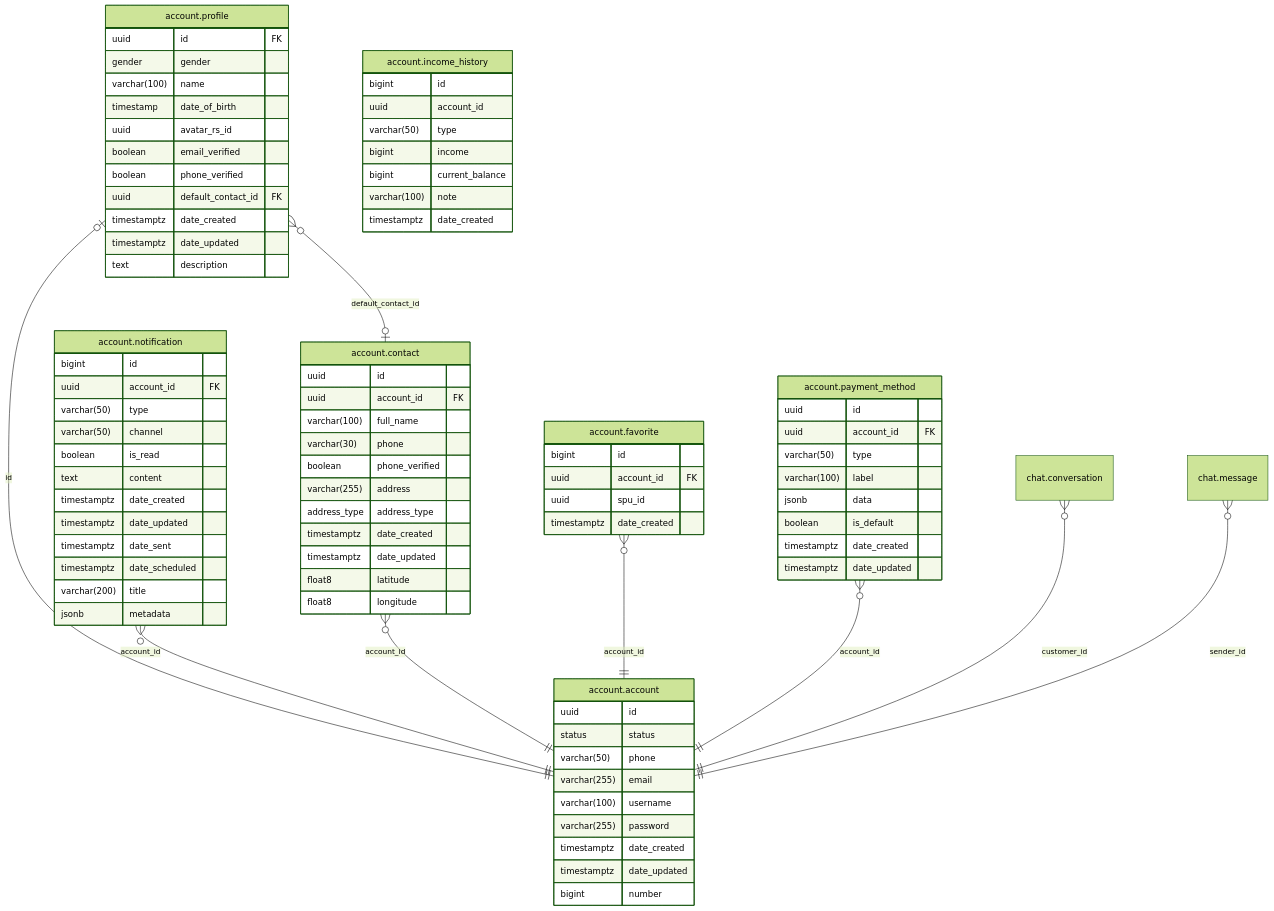
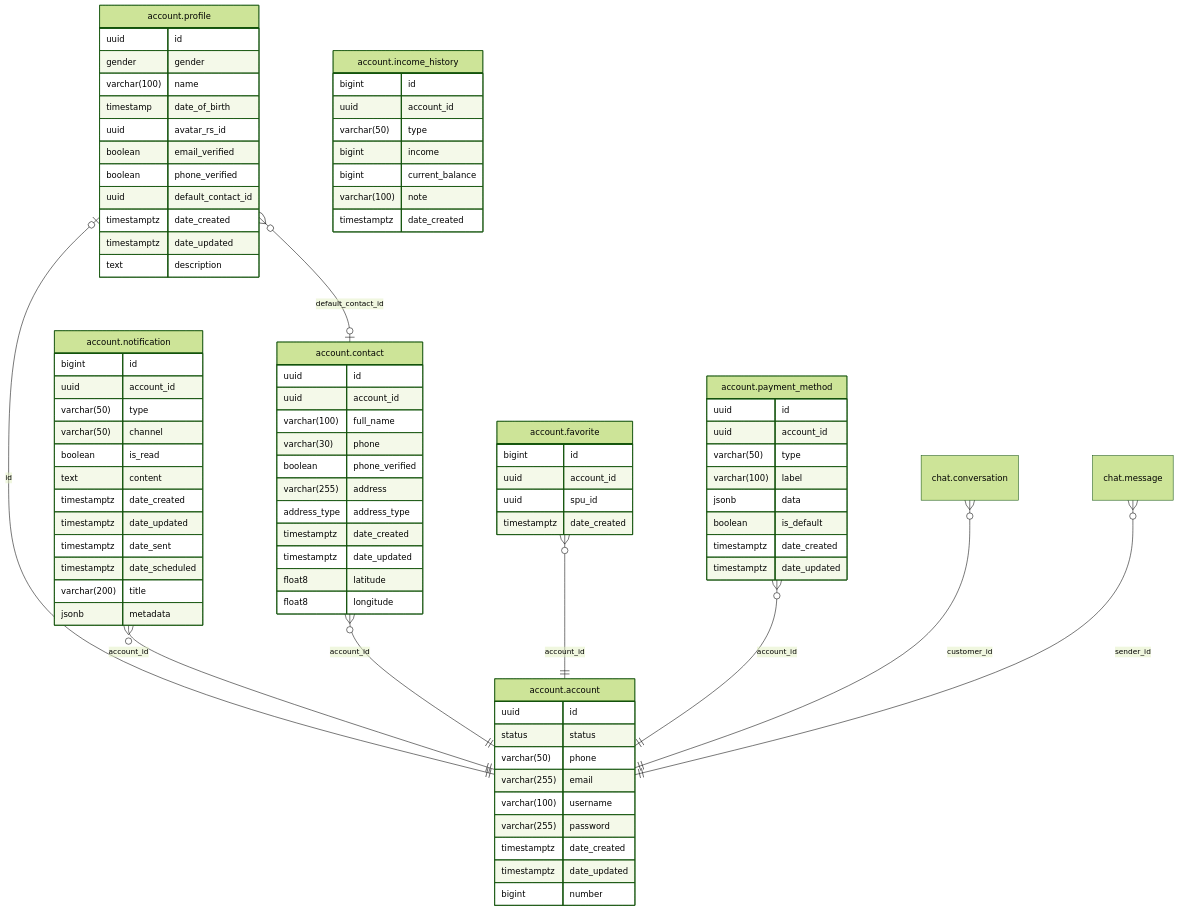
Before and after one commit to shopnexus/shopnexus-server: the diagram in internal/module/account/README.md, drawn with Mermaid (forest theme). The commit also changed other lines of this file and 12 other files, not shown here.

Commit message:
add generating mermaid script & update all readmes

````diff
--- a/internal/module/account/README.md
+++ b/internal/module/account/README.md
@@ -117,7 +12,7 @@
 ```mermaid
 erDiagram
 "account.profile" |o--|| "account.account" : "id"
-"account.profile" }o--o| "account.contact" : "default_contact_id"
+"account.profile" }o--|o "account.contact" : "default_contact_id"
 "account.notification" }o--|| "account.account" : "account_id"
 "account.contact" }o--|| "account.account" : "account_id"
 "account.favorite" }o--|| "account.account" : "account_id"
@@ -138,7 +33,7 @@
 }
 "account.contact" {
   uuid id
-  uuid account_id FK
+  uuid account_id
   varchar(100) full_name
   varchar(30) phone
   boolean phone_verified
@@ -151,7 +46,7 @@
 }
 "account.favorite" {
   bigint id
-  uuid account_id FK
+  uuid account_id
   uuid spu_id
   timestamptz date_created
 }
@@ -166,7 +61,7 @@
 }
 "account.notification" {
   bigint id
-  uuid account_id FK
+  uuid account_id
   varchar(50) type
   varchar(50) channel
   boolean is_read
@@ -180,7 +75,7 @@
 }
 "account.payment_method" {
   uuid id
-  uuid account_id FK
+  uuid account_id
   varchar(50) type
   varchar(100) label
   jsonb data
@@ -189,14 +84,14 @@
   timestamptz date_updated
 }
 "account.profile" {
-  uuid id FK
+  uuid id
   gender gender
   varchar(100) name
   timestamp date_of_birth
   uuid avatar_rs_id
   boolean email_verified
   boolean phone_verified
-  uuid default_contact_id FK
+  uuid default_contact_id
   timestamptz date_created
   timestamptz date_updated
   text description
````
